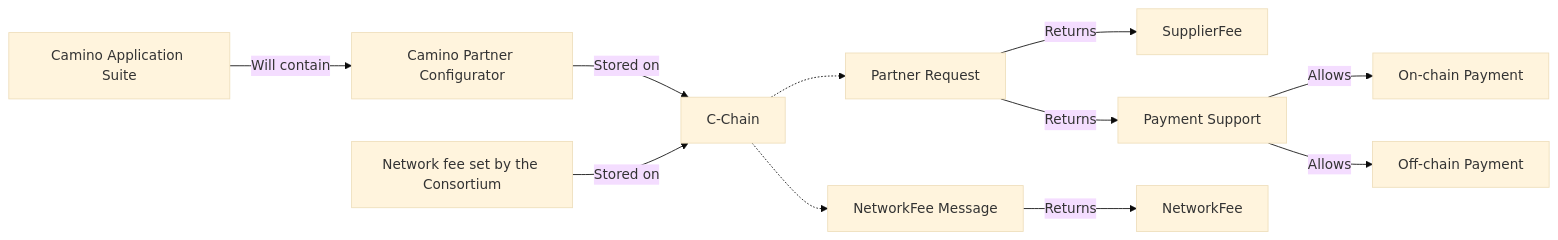
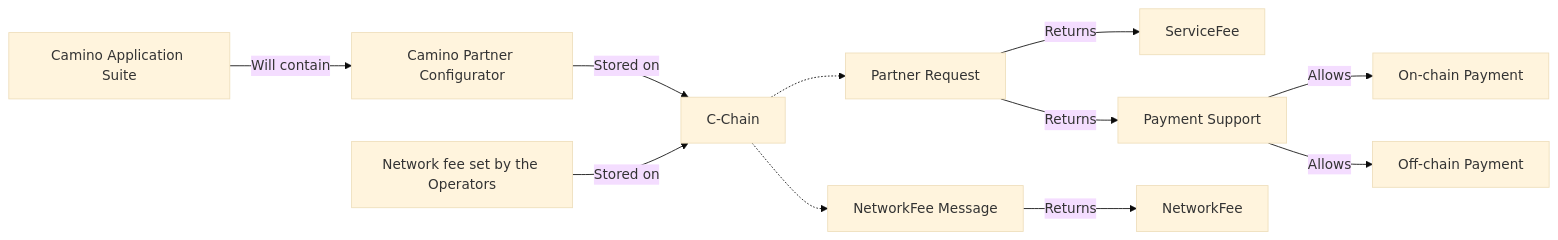
One commit to chain4travel/camino-docs changed the first of 4 diagrams in docs/camino-messenger/introduction.md. Above: the diagram before and after it, drawn with Mermaid (base theme). The commit also changed other lines of this file and 1 other file, not shown here.

````diff
--- a/docs/camino-messenger/introduction.md
+++ b/docs/camino-messenger/introduction.md
@@ -93,15 +109,15 @@
 ```mermaid
 flowchart LR
     A[Camino Application Suite] -->|Will contain| B[Camino Partner Configurator]
     B -->|Stored on| C[C-Chain]
     C -.-> D[Partner Request]
-    D -->|Returns| H[SupplierFee]
+    D -->|Returns| H[ServiceFee]
     D -->|Returns| I[Payment Support]
     I -->|Allows| J[On-chain Payment]
     I -->|Allows| K[Off-chain Payment]
 
-    L[Network fee set by the Consortium]
+    L[Network fee set by the Operators]
     L -->|Stored on| C[C-Chain]
     C -.-> M[NetworkFee Message]
     M -->|Returns| N[NetworkFee]
 ```
````
